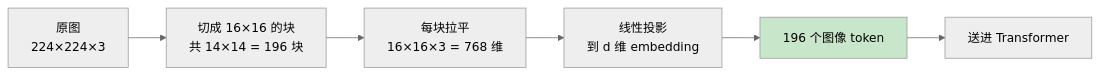
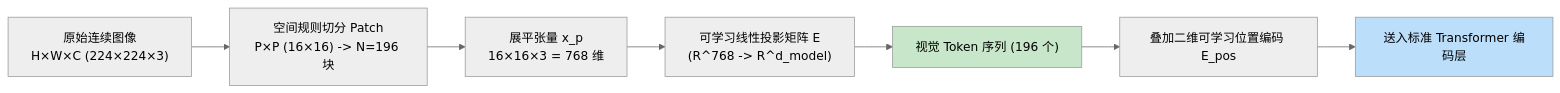
Before and after one commit to yingwang/thinking-in-llm: the first of 7 diagrams in chapters/14-multimodal.md, drawn with Mermaid (neutral theme). The commit also changed other lines of this file and 31 other files, not shown here.

````diff
--- a/chapters/14-multimodal.md
+++ b/chapters/14-multimodal.md
@@ -44,10 +28,12 @@
 ```mermaid
 flowchart LR
-    Img["原图<br>224×224×3"] --> Patch["切成 16×16 的块<br>共 14×14 = 196 块"]
-    Patch --> Flat["每块拉平<br>16×16×3 = 768 维"]
-    Flat --> Proj["线性投影<br>到 d 维 embedding"]
-    Proj --> Tok["196 个图像 token"]
-    Tok --> Trans["送进 Transformer"]
+    Img["原始连续图像<br>H×W×C (224×224×3)"] --> Patch["空间规则切分 Patch<br>P×P (16×16) -> N=196 块"]
+    Patch --> Flat["展平张量 x_p<br>16×16×3 = 768 维"]
+    Flat --> Proj["可学习线性投影矩阵 E<br>(R^768 -> R^d_model)"]
+    Proj --> Tok["视觉 Token 序列 (196 个)"]
+    Tok --> Pos["叠加二维可学习位置编码 E_pos"]
+    Pos --> Trans["送入标准 Transformer 编码层"]
     
     style Tok fill:#c8e6c9
+    style Trans fill:#bbdefb
 ```
````
